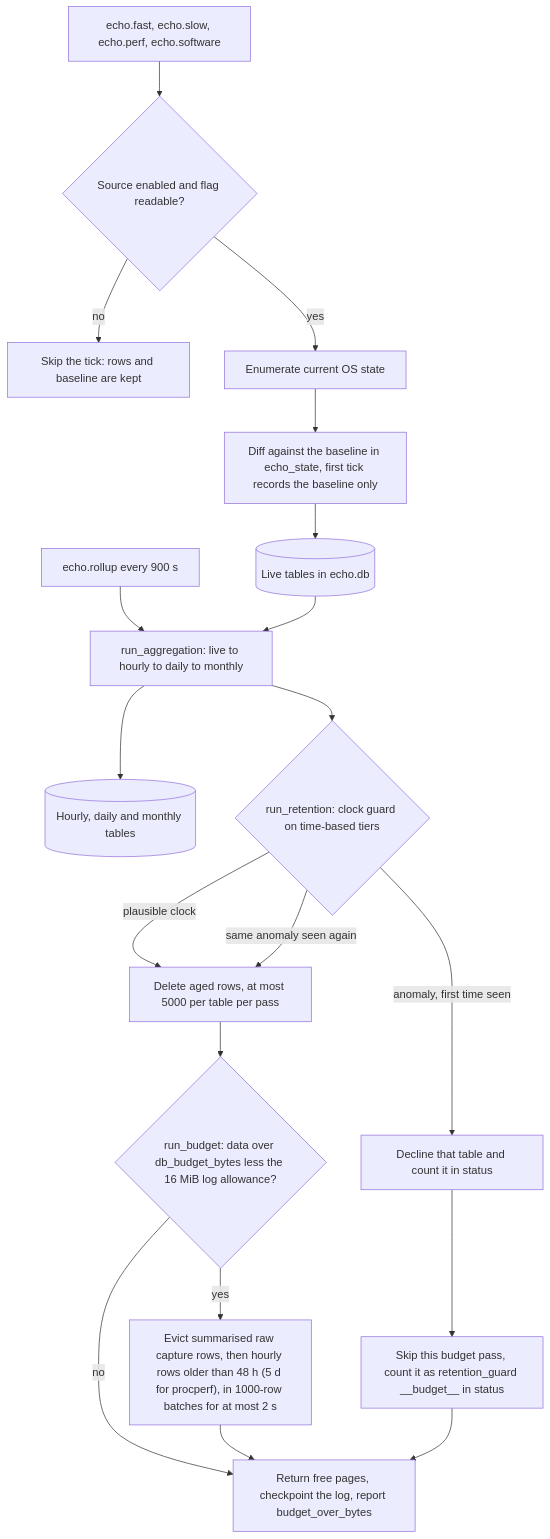
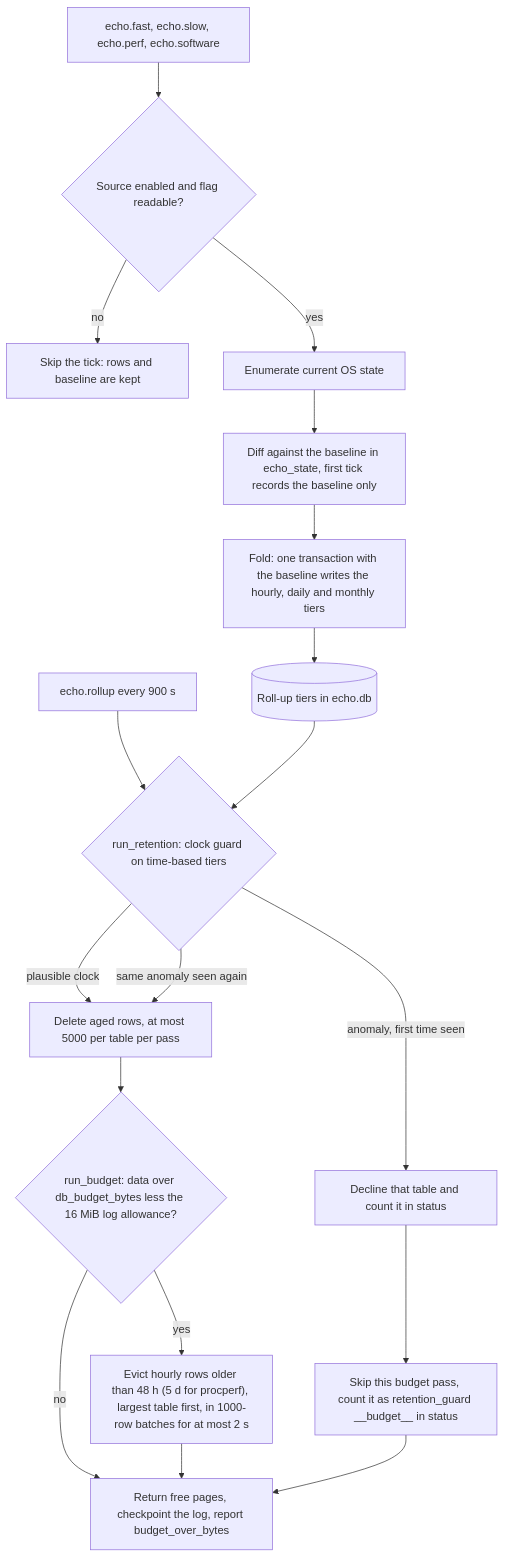
The second of 4 diagrams in agents/plugins/echo/README.md (DevNullLtd/Yuzu), drawn with Mermaid before and after one commit. The commit also changed other lines of this file and 57 other files, not shown here.

Commit message:
feat(echo): roll-up is the only store; schema v10 migrates the raw capture tables into the interned tiers in one transaction

````diff
--- a/agents/plugins/echo/README.md
+++ b/agents/plugins/echo/README.md
@@ -193,21 +207,20 @@
 ```mermaid
 flowchart TD
   T["echo.fast, echo.slow, echo.perf, echo.software"] --> G{"Source enabled and flag readable?"}
   G -->|"no"| SK["Skip the tick: rows and baseline are kept"]
   G -->|"yes"| E["Enumerate current OS state"]
   E --> D["Diff against the baseline in echo_state, first tick records the baseline only"]
-  D --> L[("Live tables in echo.db")]
-  R["echo.rollup every 900 s"] --> A["run_aggregation: live to hourly to daily to monthly"]
-  L --> A
-  A --> H[("Hourly, daily and monthly tables")]
-  A --> C{"run_retention: clock guard on time-based tiers"}
+  D --> F["Fold: one transaction with the baseline writes the hourly, daily and monthly tiers"]
+  F --> H[("Roll-up tiers in echo.db")]
+  R["echo.rollup every 900 s"] --> C{"run_retention: clock guard on time-based tiers"}
+  H --> C
   C -->|"plausible clock"| X["Delete aged rows, at most 5000 per table per pass"]
   C -->|"anomaly, first time seen"| N["Decline that table and count it in status"]
   C -->|"same anomaly seen again"| X
   X --> B{"run_budget: data over db_budget_bytes less the 16 MiB log allowance?"}
   N --> S["Skip this budget pass, count it as retention_guard __budget__ in status"]
-  B -->|"yes"| Y["Evict summarised raw capture rows, then hourly rows older than 48 h (5 d for procperf), in 1000-row batches for at most 2 s"]
+  B -->|"yes"| Y["Evict hourly rows older than 48 h (5 d for procperf), largest table first, in 1000-row batches for at most 2 s"]
   B -->|"no"| Z["Return free pages, checkpoint the log, report budget_over_bytes"]
   Y --> Z
   S --> Z
 ```
````
